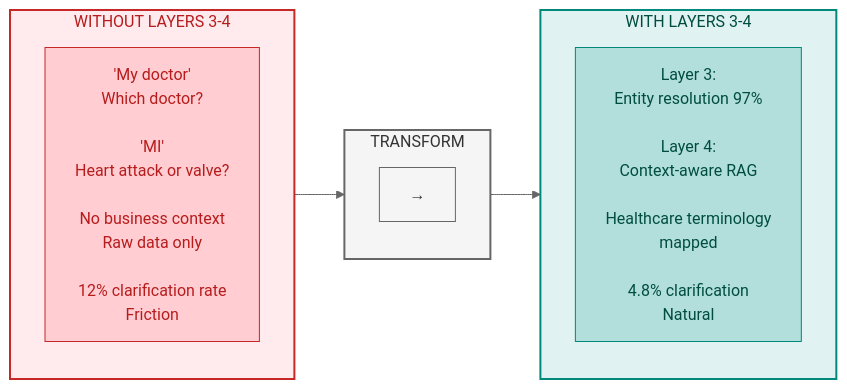
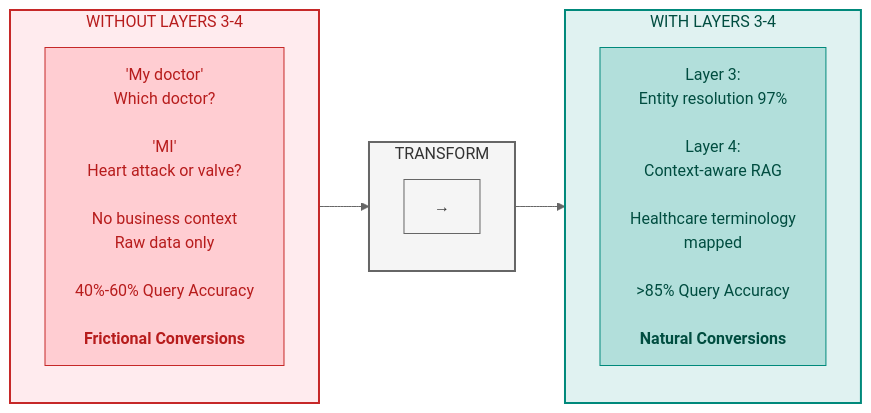
The first of 13 diagrams in manuscript/06_chapter_5_intelligence_layers_v2_3.md (colaberry/trust-before-intelligence-book), drawn with Mermaid (neutral theme) before and after one commit.

Commit message:
Fixing welcome diagram
Fixing welcome diagram

````diff
--- a/manuscript/06_chapter_5_intelligence_layers_v2_3.md
+++ b/manuscript/06_chapter_5_intelligence_layers_v2_3.md
@@ -15,28 +15,28 @@
 ```mermaid
 
 graph LR
     subgraph WITHOUT["WITHOUT LAYERS 3-4"]
         direction TB
-        W1["'My doctor'<br/>Which doctor?<br/><br/>'MI'<br/>Heart attack or valve?<br/><br/>No business context<br/>Raw data only<br/><br/>12% clarification rate<br/>Friction"]
+        W1["'My doctor'<br/>Which doctor?<br/><br/>'MI'<br/>Heart attack or valve?<br/><br/>No business context<br/>Raw data only<br/><br/>40%-60% Query Accuracy<br/><br/><b>Frictional Conversions</b>"]
     end
     
     subgraph TRANSFORM["TRANSFORM"]
         direction TB
         T1["→"]
     end
     
     subgraph WITH["WITH LAYERS 3-4"]
         direction TB
-        L1["Layer 3:<br/>Entity resolution 97%<br/><br/>Layer 4:<br/>Context-aware RAG<br/><br/>Healthcare terminology<br/>mapped<br/><br/>4.8% clarification<br/>Natural"]
+        L1["Layer 3:<br/>Entity resolution 97%<br/><br/>Layer 4:<br/>Context-aware RAG<br/><br/>Healthcare terminology<br/>mapped<br/><br/>>85% Query Accuracy<br/><br/><b>Natural Conversions</b>"]
     end
     
     WITHOUT --> TRANSFORM --> WITH
     
     style WITHOUT fill:#ffebee,stroke:#c62828,stroke-width:2px,color:#b71c1c
     style TRANSFORM fill:#f5f5f5,stroke:#666666,stroke-width:2px,color:#333333
     style WITH fill:#e0f2f1,stroke:#00897b,stroke-width:2px,color:#004d40
     style W1 fill:#ffcdd2,stroke:#c62828,color:#b71c1c
     style T1 fill:#f5f5f5,stroke:#666666,color:#333333
     style L1 fill:#b2dfdb,stroke:#00897b,color:#004d40
 
 ```
````
